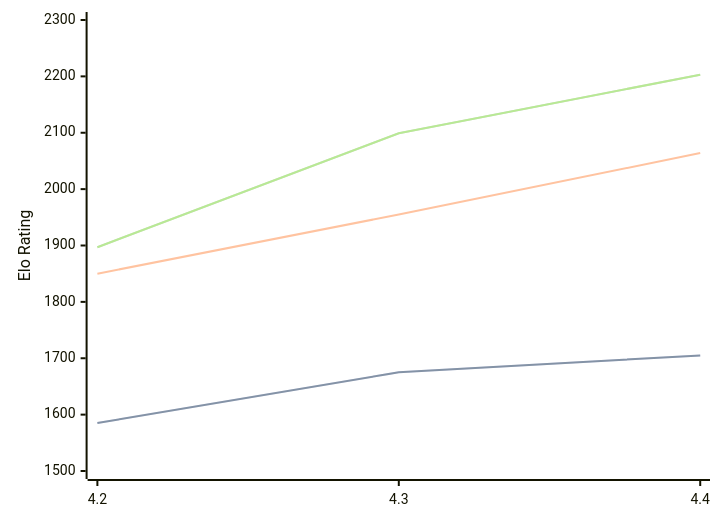
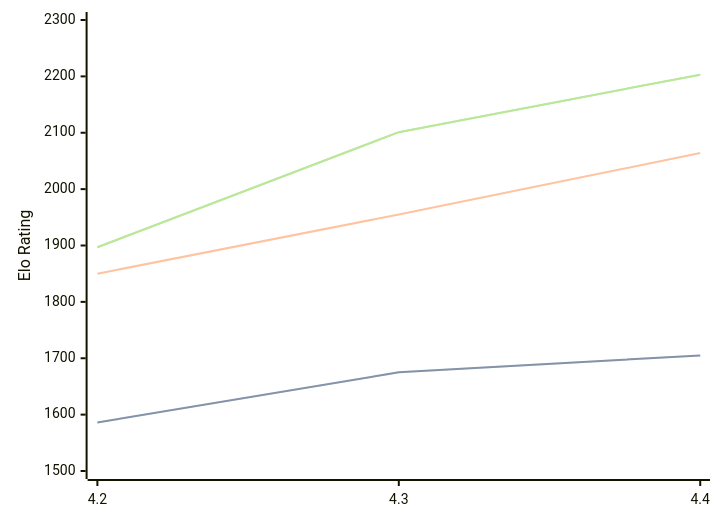
One commit to computer-chess-index/cci changed the diagram in engines/Radiance.md. Above: the diagram before and after it, drawn with Mermaid. The commit also changed other lines of this file, not shown here.

Commit message:
Update CCI Ratings (ELO VLTC) - 2026-09-16

````diff
--- a/engines/Radiance.md
+++ b/engines/Radiance.md
@@ -33,11 +33,11 @@
 ```mermaid
 %%{init: {"theme":"base","themeVariables":{"seriesColors:['#a3a3a3','#222221','#faa371']}}}%%
 xychart-beta
   x-axis ["4.2", "4.3", "4.4"]
   y-axis "Elo Rating" 1500 --> 2300
-  line "" [1585, 1675, 1705]
-  line "STC (8.0+0.08s)" [1585, 1675, 1705]
+  line "" [1586, 1675, 1705]
+  line "STC (8.0+0.08s)" [1586, 1675, 1705]
   line "LTC (60.0+0.60s)" [1850, 1955, 2064]
-  line "" [1897, 2099, 2203]
-  line "VLTC (2m24s+1.12s)" [1897, 2099, 2203]
+  line "" [1897, 2101, 2203]
+  line "VLTC (2m24s+1.12s)" [1897, 2101, 2203]
 ```
````
